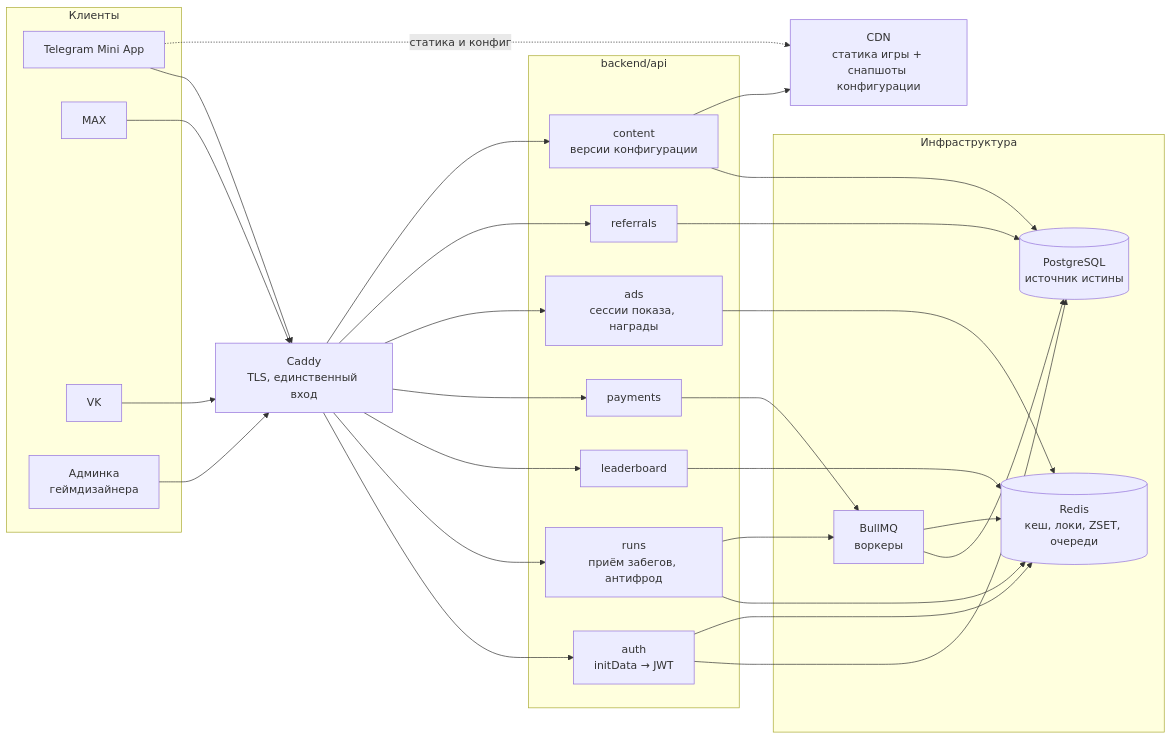
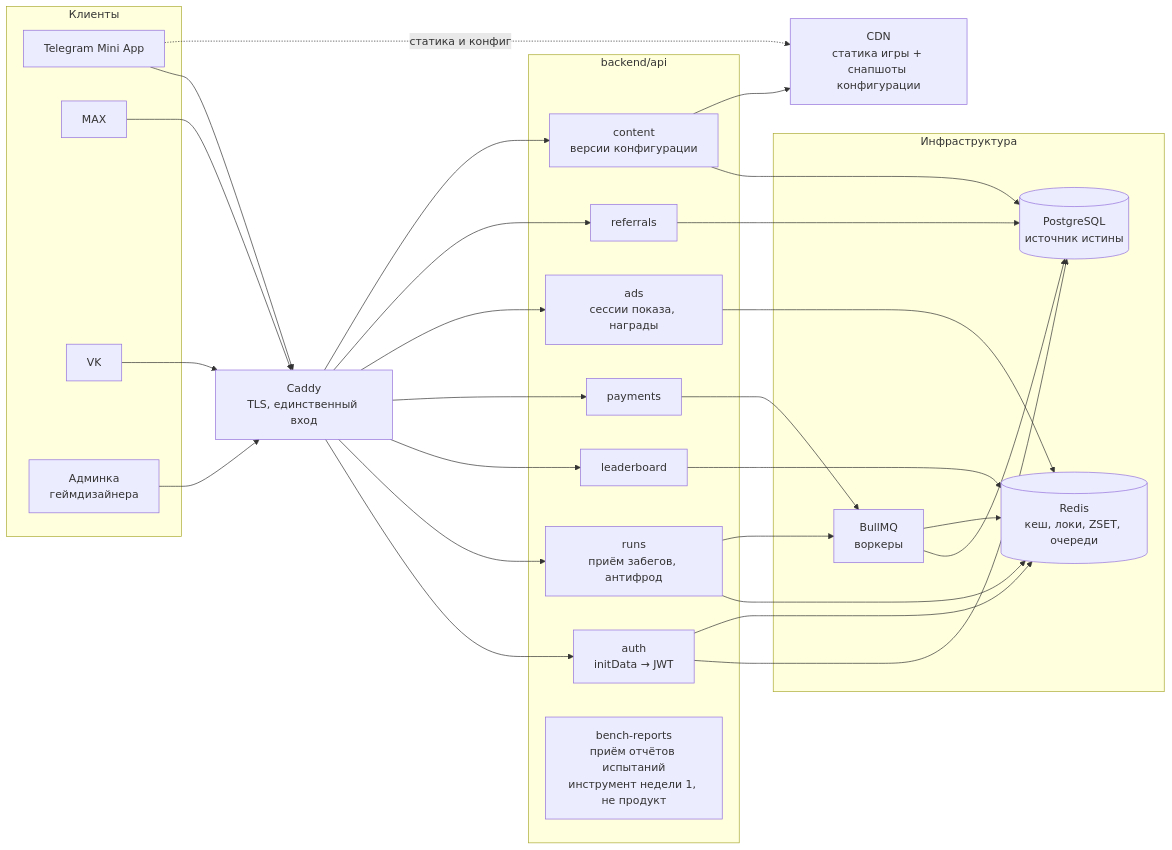
The sixth of 13 diagrams in docs/21-diagrams.md (JJSGxKD/rubezh), drawn with Mermaid before and after one commit. The commit also changed other lines of this file and 8 other files, not shown here.

First line of the commit message:
docs: Зафиксируй результаты FPS-испытаний недели 1

````diff
--- a/docs/21-diagrams.md
+++ b/docs/21-diagrams.md
@@ -341,58 +383,59 @@
 ```mermaid
 flowchart LR
     subgraph clients["Клиенты"]
         TG["Telegram Mini App"]
         MAX["MAX"]
         VK["VK"]
         ADMIN["Админка<br/>геймдизайнера"]
     end
 
     CADDY["Caddy<br/>TLS, единственный вход"]
 
     subgraph api["backend/api"]
         AUTH["auth<br/>initData → JWT"]
         RUNS["runs<br/>приём забегов, антифрод"]
         LB["leaderboard"]
         PAY["payments"]
         ADS["ads<br/>сессии показа, награды"]
         REF["referrals"]
         CONTENT["content<br/>версии конфигурации"]
+        BENCH["bench-reports<br/>приём отчётов испытаний<br/>инструмент недели 1, не продукт"]
     end
 
     subgraph infra["Инфраструктура"]
         PG[("PostgreSQL<br/>источник истины")]
         REDIS[("Redis<br/>кеш, локи, ZSET, очереди")]
         QUEUE["BullMQ<br/>воркеры"]
     end
 
     CDN["CDN<br/>статика игры + снапшоты конфигурации"]
 
     TG --> CADDY
     MAX --> CADDY
     VK --> CADDY
     ADMIN --> CADDY
 
     CADDY --> AUTH
     CADDY --> RUNS
     CADDY --> LB
     CADDY --> PAY
     CADDY --> ADS
     CADDY --> REF
     CADDY --> CONTENT
 
     AUTH --> PG
     AUTH --> REDIS
     RUNS --> REDIS
     RUNS --> QUEUE
     LB --> REDIS
     PAY --> QUEUE
     ADS --> REDIS
     REF --> PG
     CONTENT --> PG
     CONTENT --> CDN
 
     QUEUE --> PG
     QUEUE --> REDIS
 
     TG -.статика и конфиг.-> CDN
 ```
````
